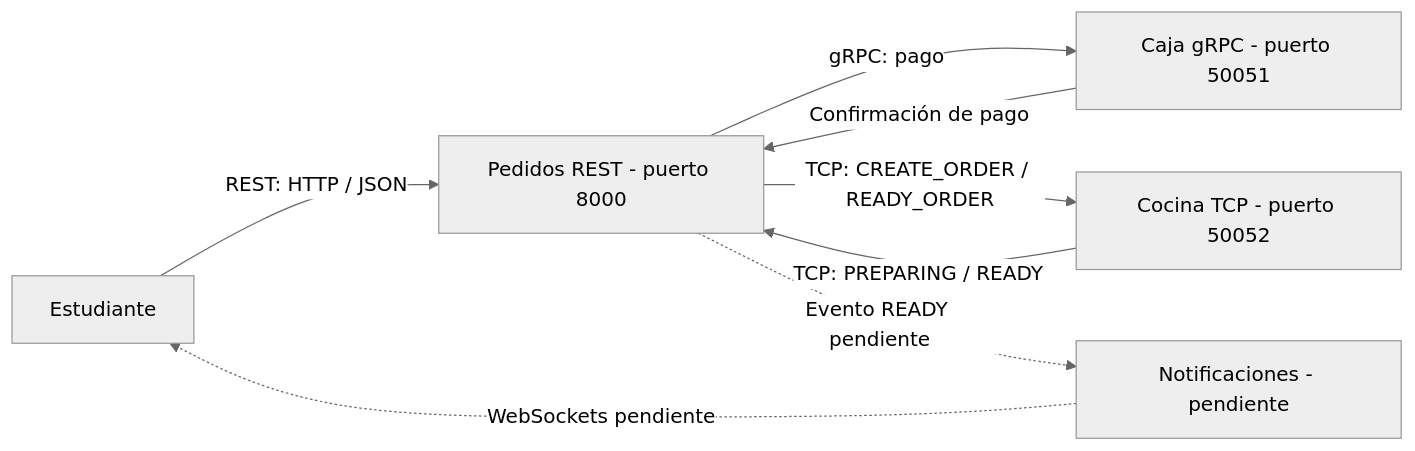
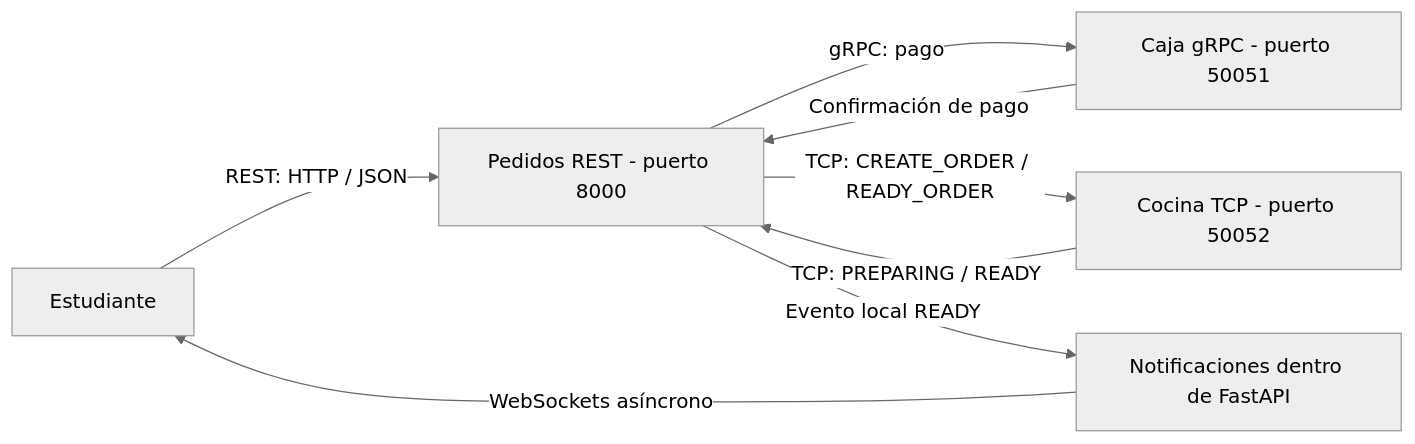
The diagram in docs/mapa-microservicios.md (Josuelv14/sistema-pedidos-distribuidos), drawn with Mermaid (neutral theme) before and after one commit. The commit also changed other lines of this file and 11 other files, not shown here.

````diff
--- a/docs/mapa-microservicios.md
+++ b/docs/mapa-microservicios.md
@@ -3,16 +3,16 @@
 ```mermaid
 flowchart LR
     estudiante[Estudiante]
     pedidos[Pedidos REST - puerto 8000]
     caja[Caja gRPC - puerto 50051]
     cocina[Cocina TCP - puerto 50052]
-    notificaciones[Notificaciones - pendiente]
+    notificaciones[Notificaciones dentro de FastAPI]
 
     estudiante -->|REST: HTTP / JSON| pedidos
     pedidos -->|gRPC: pago| caja
     caja -->|Confirmación de pago| pedidos
     pedidos -->|TCP: CREATE_ORDER / READY_ORDER| cocina
     cocina -->|TCP: PREPARING / READY| pedidos
-    pedidos -.->|Evento READY pendiente| notificaciones
-    notificaciones -.->|WebSockets pendiente| estudiante
+    pedidos -->|Evento local READY| notificaciones
+    notificaciones -->|WebSockets asíncrono| estudiante
 ```
````
